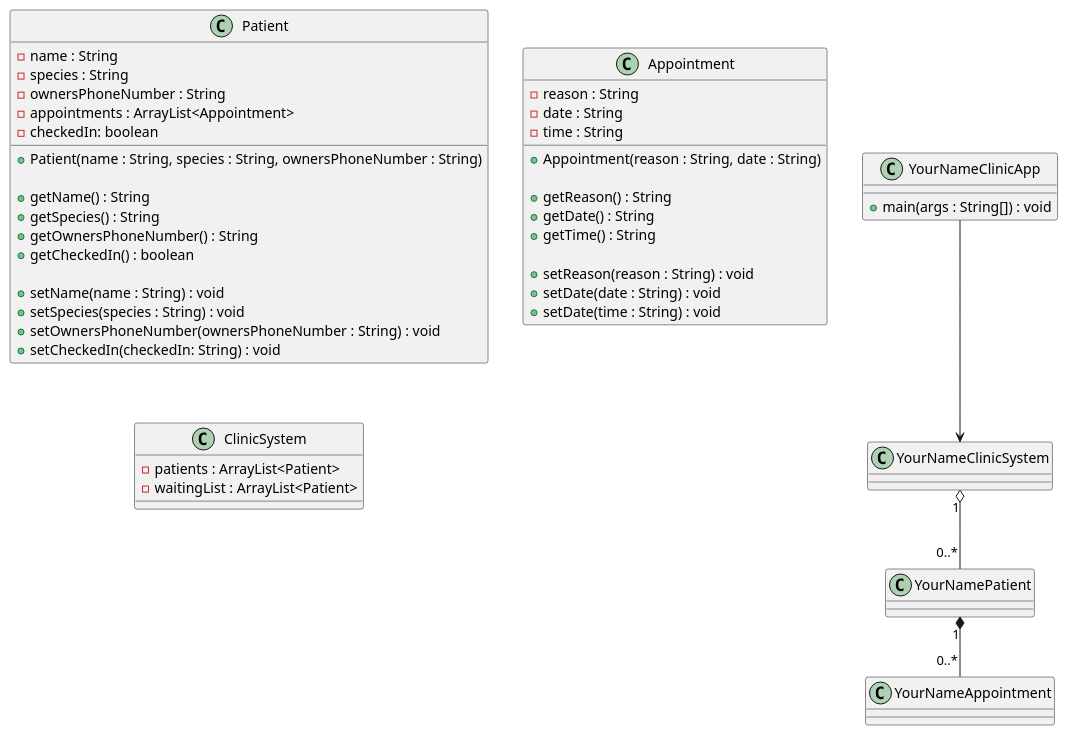
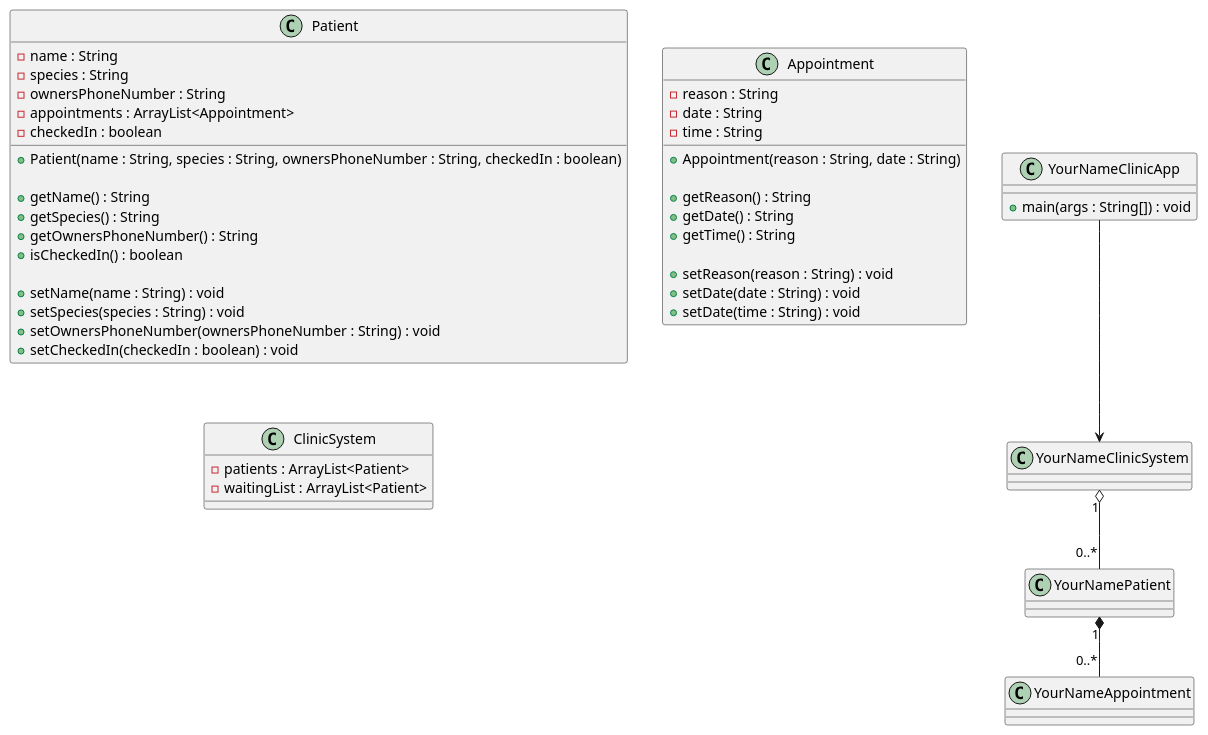
One commit to Bferg2002/java-community-clinic-system changed the diagram in src/diagram.puml. Above: the diagram before and after it, drawn with PlantUML. The commit also changed 1 other file, not shown here.

Commit message:
Updated Diagram

```diff
--- a/src/diagram.puml
+++ b/src/diagram.puml
@@ -1,70 +1,70 @@
 @startuml
 
 class Patient {
     - name : String
     - species : String
     - ownersPhoneNumber : String
     - appointments : ArrayList<Appointment>
-    - checkedIn: boolean
+    - checkedIn : boolean
 
-    + Patient(name : String, species : String, ownersPhoneNumber : String)
+    + Patient(name : String, species : String, ownersPhoneNumber : String, checkedIn : boolean)
 
     + getName() : String
     + getSpecies() : String
     + getOwnersPhoneNumber() : String
-    + getCheckedIn() : boolean
+    + isCheckedIn() : boolean
 
     + setName(name : String) : void
     + setSpecies(species : String) : void
     + setOwnersPhoneNumber(ownersPhoneNumber : String) : void
-    + setCheckedIn(checkedIn: String) : void
+    + setCheckedIn(checkedIn : boolean) : void
 }
 
 class Appointment {
     - reason : String
     - date : String
     - time : String
 
     + Appointment(reason : String, date : String)
 
     + getReason() : String
     + getDate() : String
     + getTime() : String
 
     + setReason(reason : String) : void
     + setDate(date : String) : void
     + setDate(time : String) : void
 
 }
 
 class ClinicSystem {
     - patients : ArrayList<Patient>
     - waitingList : ArrayList<Patient>
 }
 class YourNameClinicApp {
     + main(args : String[]) : void
 }
 
 ' =========================================
 ' RELATIONSHIPS EXPLAINED
 ' =========================================
 
 ' One Patient has zero or many Appointments.
 ' "1" means one Patient.
 ' "0..*" means that Patient can have zero or many Appointment objects.
 ' *-- means composition (Appointments belong to the Patient and cannot exist without it).
 YourNamePatient "1" *-- "0..*" YourNameAppointment
 
 
 ' One ClinicSystem manages zero or many Patients.
 ' "1" means one ClinicSystem.
 ' "0..*" means the system can manage zero or many Patient objects.
 ' o-- means aggregation (Patients can exist independently of the ClinicSystem).
 YourNameClinicSystem "1" o-- "0..*" YourNamePatient
 
 
 ' ClinicApp depends on ClinicSystem.
 ' This means the main application class uses ClinicSystem to run the program.
 ' --> represents a dependency relationship.
 YourNameClinicApp --> YourNameClinicSystem
 @enduml
```
